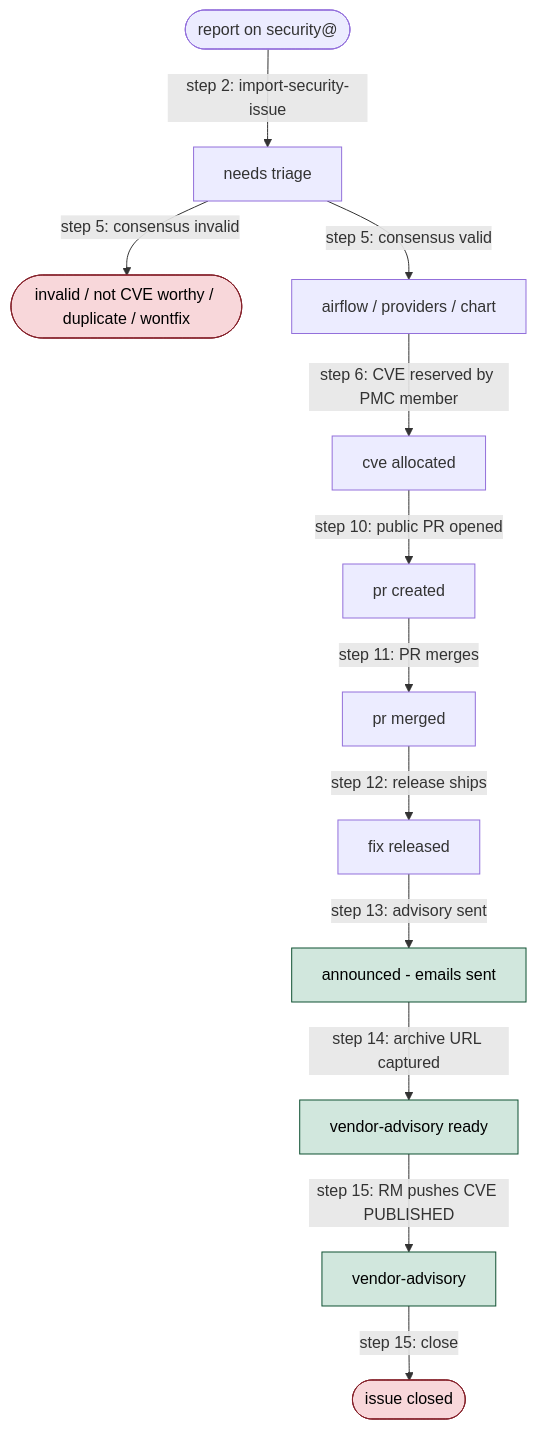
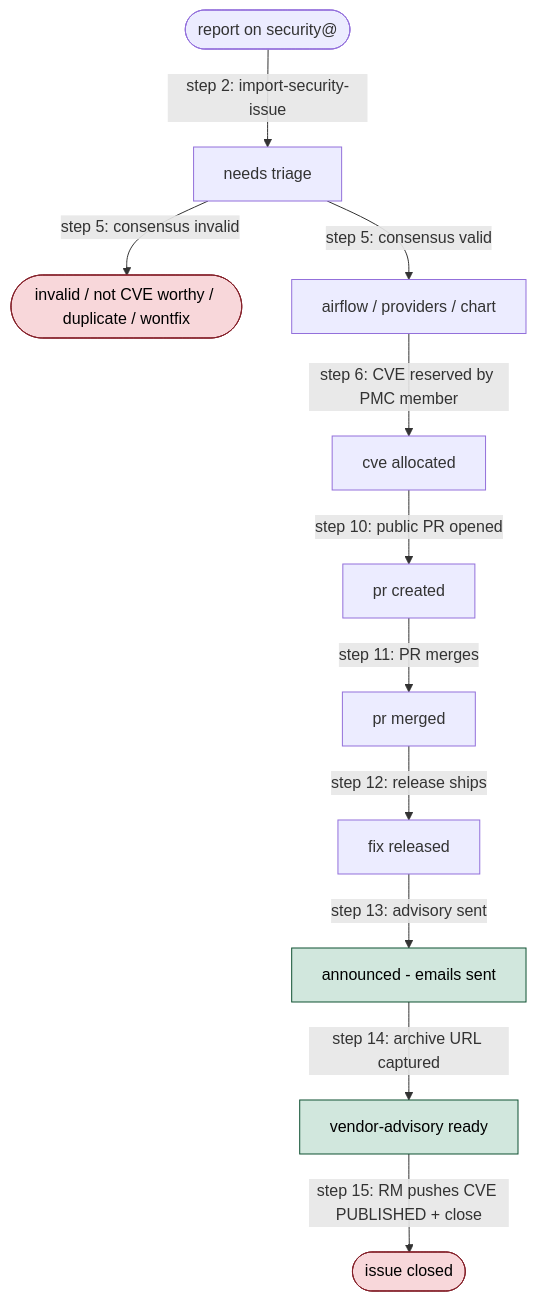
One commit to potiuk/airflow changed the diagram in README.md. Above: the diagram before and after it, drawn with Mermaid. The commit also changed other lines of this file and 1 other file, not shown here.

First line of the commit message:
remove Closed board column; Step 15 RM just copies CVE to Vulnogram and closes issue

````diff
--- a/README.md
+++ b/README.md
@@ -816,19 +815,18 @@
 ```mermaid
 flowchart TD
     A([report on security@]) -->|step 2: import-security-issue| B[needs triage]
     B -->|step 5: consensus invalid| X1([invalid / not CVE worthy / duplicate / wontfix])
     B -->|step 5: consensus valid| C[airflow / providers / chart]
     C -->|step 6: CVE reserved by PMC member| D[cve allocated]
     D -->|step 10: public PR opened| E[pr created]
     E -->|step 11: PR merges| F[pr merged]
     F -->|step 12: release ships| G[fix released]
     G -->|step 13: advisory sent| H[announced - emails sent]
     H -->|step 14: archive URL captured| J[vendor-advisory ready]
-    J -->|step 15: RM pushes CVE PUBLISHED| I[vendor-advisory]
-    I -->|step 15: close| Z([issue closed])
+    J -->|step 15: RM pushes CVE PUBLISHED + close| Z([issue closed])
 
     classDef closed fill:#f8d7da,stroke:#842029,color:#000;
     classDef done fill:#d1e7dd,stroke:#0f5132,color:#000;
     class X1,Z closed;
-    class H,J,I done;
+    class H,J done;
 ```
````
